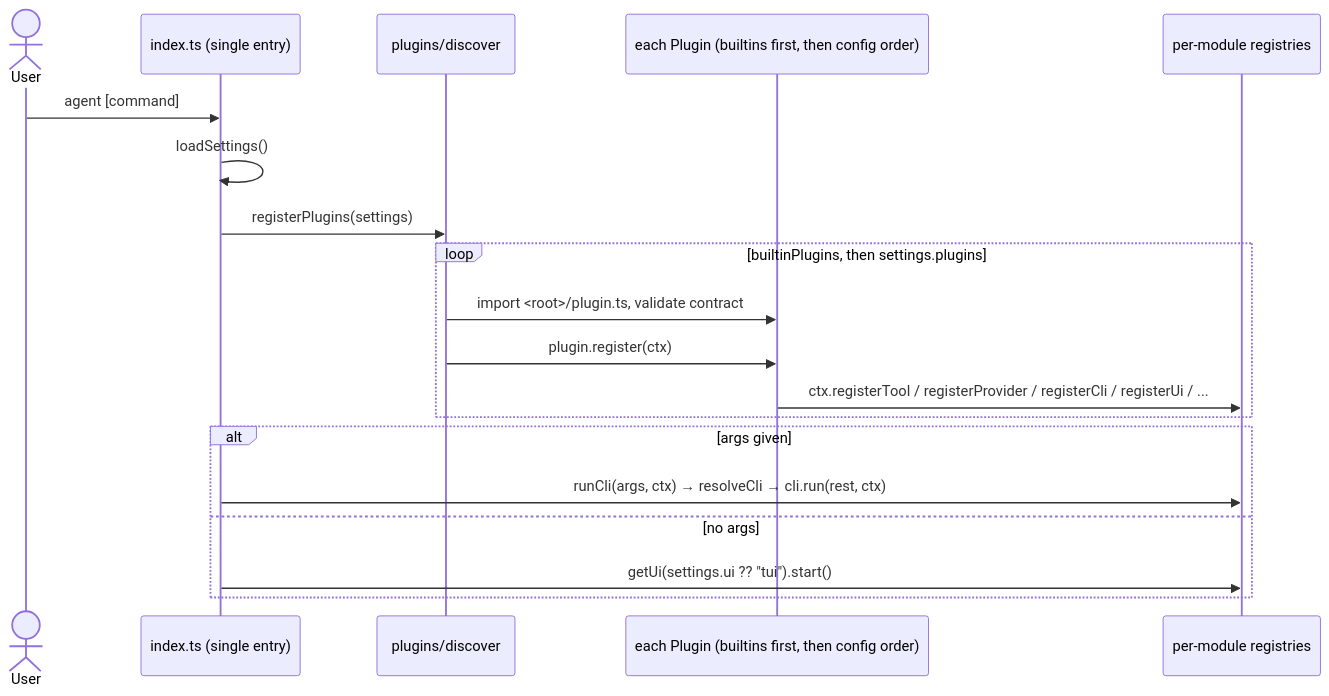
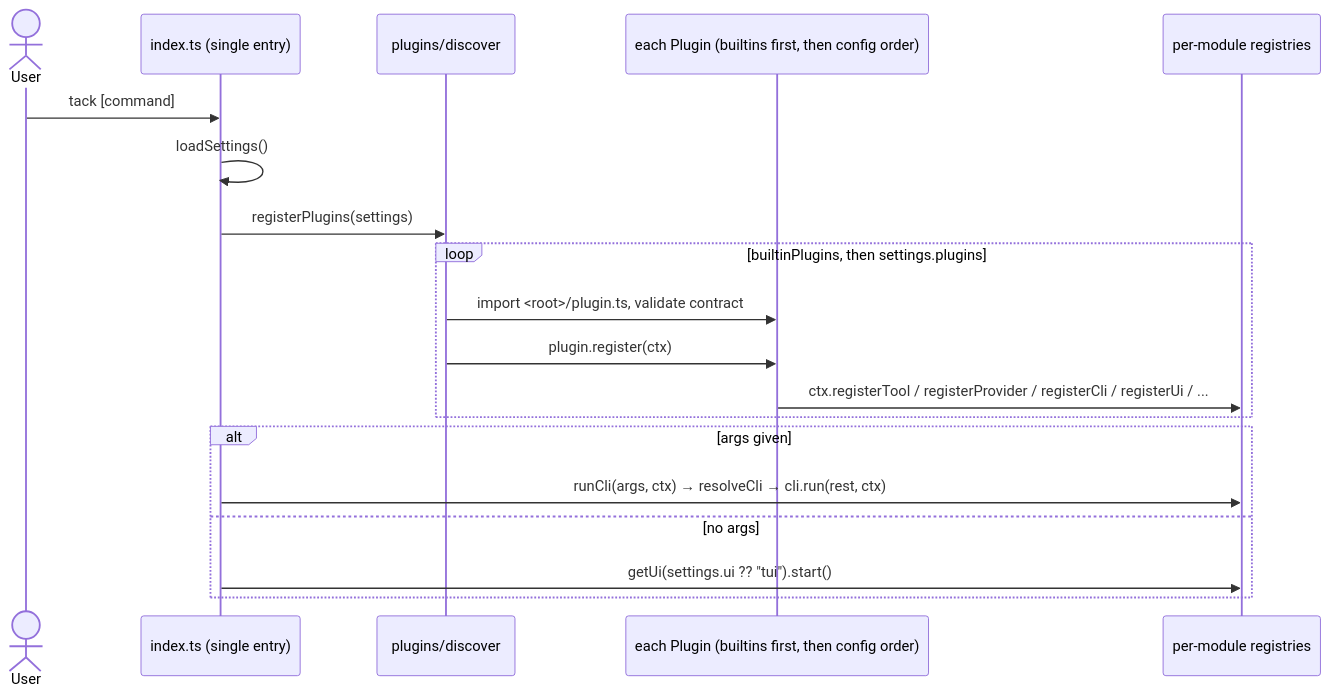
One commit to wjchoi87/xal changed the second of 2 diagrams in AGENTS.md. Above: the diagram before and after it, drawn with Mermaid. The commit also changed other lines of this file and 51 other files, not shown here.

````diff
--- a/AGENTS.md
+++ b/AGENTS.md
@@ -54,22 +54,22 @@
 ```mermaid
 sequenceDiagram
     actor User
     participant Entry as index.ts (single entry)
     participant Discover as plugins/discover
     participant P as each Plugin (builtins first, then config order)
     participant Reg as per-module registries
 
-    User->>Entry: agent [command]
+    User->>Entry: tack [command]
     Entry->>Entry: loadSettings()
     Entry->>Discover: registerPlugins(settings)
     loop builtinPlugins, then settings.plugins
         Discover->>P: import <root>/plugin.ts, validate contract
         Discover->>P: plugin.register(ctx)
         P->>Reg: ctx.registerTool / registerProvider / registerCli / registerUi / ...
     end
     alt args given
         Entry->>Reg: runCli(args, ctx) → resolveCli → cli.run(rest, ctx)
     else no args
         Entry->>Reg: getUi(settings.ui ?? "tui").start()
     end
 ```
````
